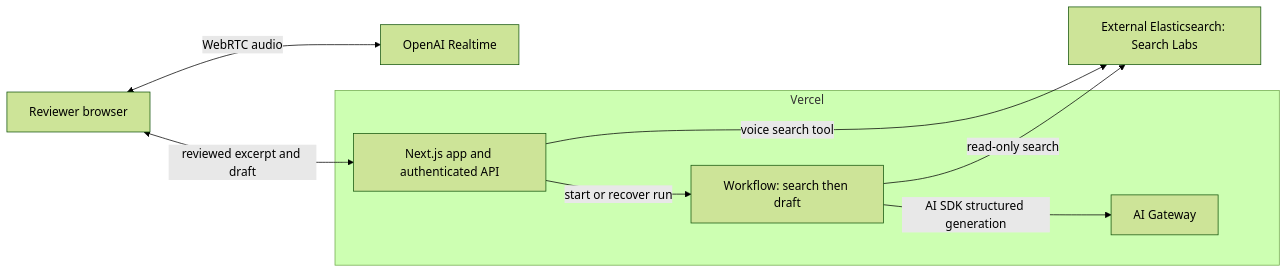
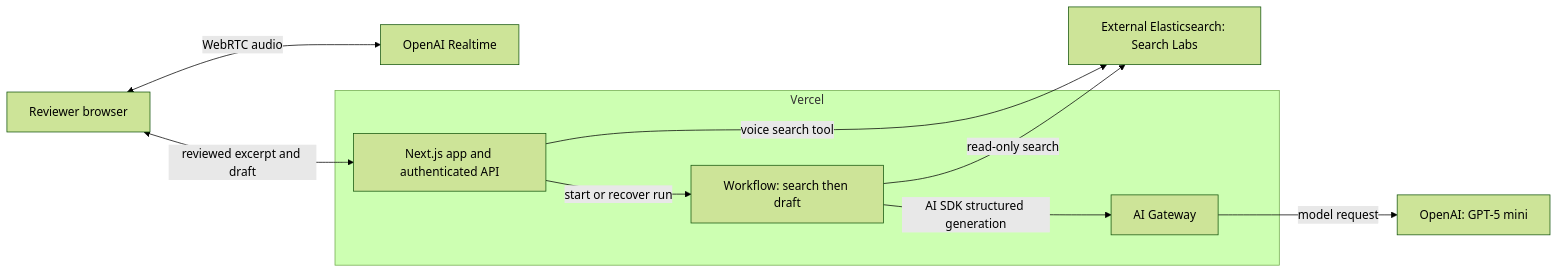
One commit to matthecarl/FedFlow changed the second of 2 diagrams in docs/assessment.md. Above: the diagram before and after it, drawn with Mermaid (forest theme). The commit also changed other lines of this file and 30 other files, not shown here.

````diff
--- a/docs/assessment.md
+++ b/docs/assessment.md
@@ -13,17 +13,19 @@
 ```mermaid
 flowchart LR
   Browser[Reviewer browser]
   Voice[OpenAI Realtime]
+  DraftModel[OpenAI: GPT-5 mini]
   Elastic[External Elasticsearch: Search Labs]
   subgraph Vercel
     App[Next.js app and authenticated API]
     Work[Workflow: search then draft]
     Gateway[AI Gateway]
   end
   Browser <-->|WebRTC audio| Voice
   Browser <-->|reviewed excerpt and draft| App
   App -->|voice search tool| Elastic
   App -->|start or recover run| Work
   Work -->|read-only search| Elastic
   Work -->|AI SDK structured generation| Gateway
+  Gateway -->|model request| DraftModel
 ```
````
